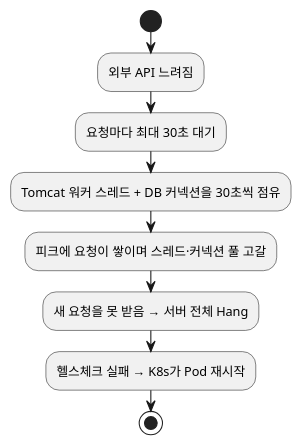
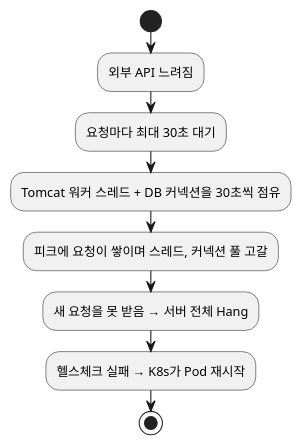
One commit to johnycho/johny-dev changed the diagram in blog/2026-08-19-external-api-timeout-server-hang.mdx. Above: the diagram before and after it, drawn with PlantUML. The commit also changed other lines of this file and 188 other files, not shown here.

````diff
--- a/blog/2026-08-19-external-api-timeout-server-hang.mdx
+++ b/blog/2026-08-19-external-api-timeout-server-hang.mdx
@@ -42,12 +42,12 @@
 ```plantuml
 @startuml
 start
 :외부 API 느려짐;
 :요청마다 최대 30초 대기;
 :Tomcat 워커 스레드 + DB 커넥션을 30초씩 점유;
-:피크에 요청이 쌓이며 스레드·커넥션 풀 고갈;
+:피크에 요청이 쌓이며 스레드, 커넥션 풀 고갈;
 :새 요청을 못 받음 → 서버 전체 Hang;
 :헬스체크 실패 → K8s가 Pod 재시작;
 stop
 @enduml
 ```
````
